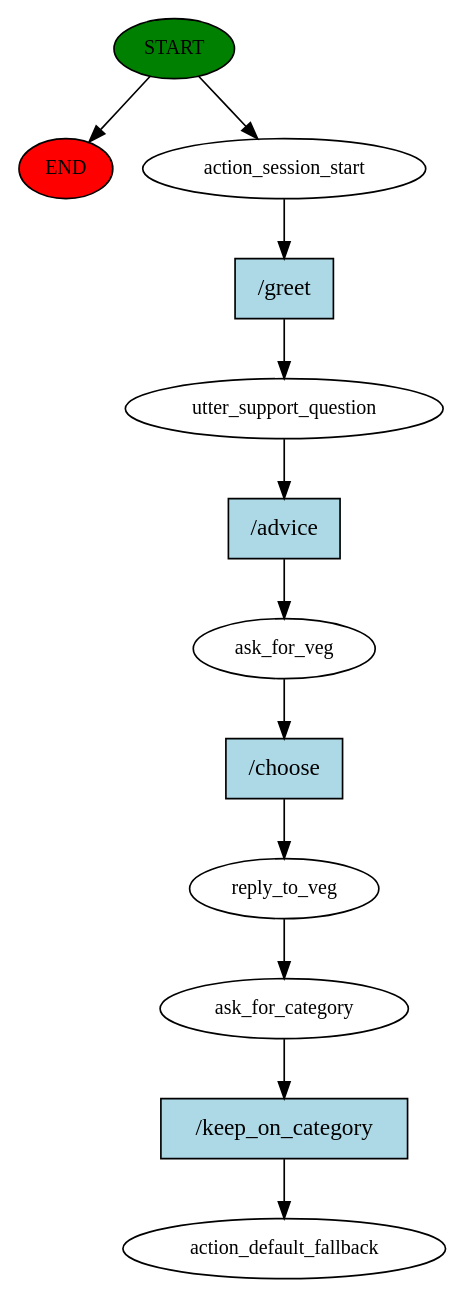
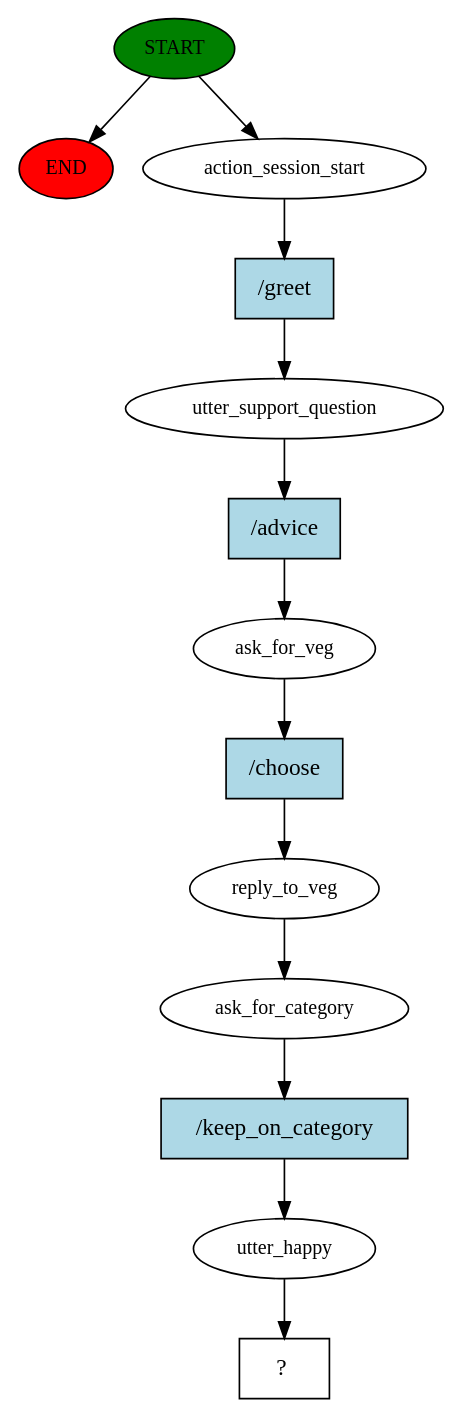
The diagram in story_graph.dot (schmcklr/rasa_chatbot_master), drawn with Graphviz before and after one commit. The commit also changed 3 other files, not shown here.

```diff
--- a/story_graph.dot
+++ b/story_graph.dot
@@ -1,25 +1,27 @@
 digraph  {
 0 [class="start active", fillcolor=green, fontsize=12, label=START, style=filled];
 "-1" [class=end, fillcolor=red, fontsize=12, label=END, style=filled];
 1 [class=active, fontsize=12, label=action_session_start];
 2 [class=active, fontsize=12, label=utter_support_question];
 3 [class=active, fontsize=12, label=ask_for_veg];
 4 [class=active, fontsize=12, label=reply_to_veg];
 5 [class=active, fontsize=12, label=ask_for_category];
-6 [class="dashed active", fontsize=12, label=action_default_fallback];
-7 [class="intent active", fillcolor=lightblue, label="/greet", shape=rect, style=filled];
-8 [class="intent active", fillcolor=lightblue, label="/advice", shape=rect, style=filled];
-9 [class="intent active", fillcolor=lightblue, label="/choose", shape=rect, style=filled];
-10 [class="intent active", fillcolor=lightblue, label="/keep_on_category", shape=rect, style=filled];
+6 [class=active, fontsize=12, label=utter_happy];
+7 [class="intent dashed active", label="  ?  ", shape=rect];
+8 [class="intent active", fillcolor=lightblue, label="/greet", shape=rect, style=filled];
+9 [class="intent active", fillcolor=lightblue, label="/advice", shape=rect, style=filled];
+10 [class="intent active", fillcolor=lightblue, label="/choose", shape=rect, style=filled];
+11 [class="intent active", fillcolor=lightblue, label="/keep_on_category", shape=rect, style=filled];
 0 -> "-1"  [class="", key=NONE, label=""];
 0 -> 1  [class=active, key=NONE, label=""];
-1 -> 7  [class=active, key=0];
-2 -> 8  [class=active, key=0];
-3 -> 9  [class=active, key=0];
+1 -> 8  [class=active, key=0];
+2 -> 9  [class=active, key=0];
+3 -> 10  [class=active, key=0];
 4 -> 5  [class=active, key=NONE, label=""];
-5 -> 10  [class=active, key=0];
-7 -> 2  [class=active, key=0];
-8 -> 3  [class=active, key=0];
-9 -> 4  [class=active, key=0];
-10 -> 6  [class=active, key=0];
+5 -> 11  [class=active, key=0];
+6 -> 7  [class=active, key=NONE, label=""];
+8 -> 2  [class=active, key=0];
+9 -> 3  [class=active, key=0];
+10 -> 4  [class=active, key=0];
+11 -> 6  [class=active, key=0];
 }
```
